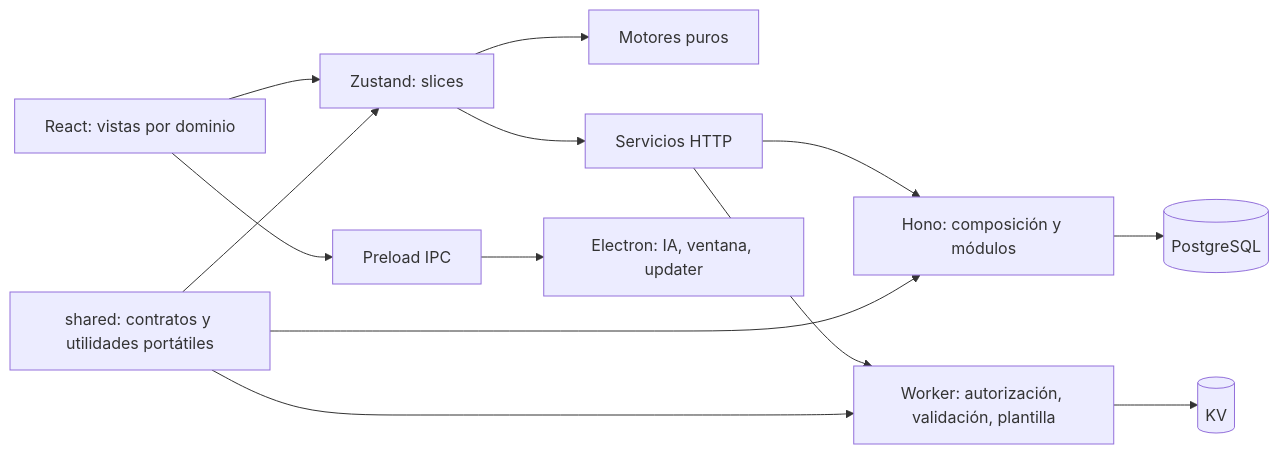
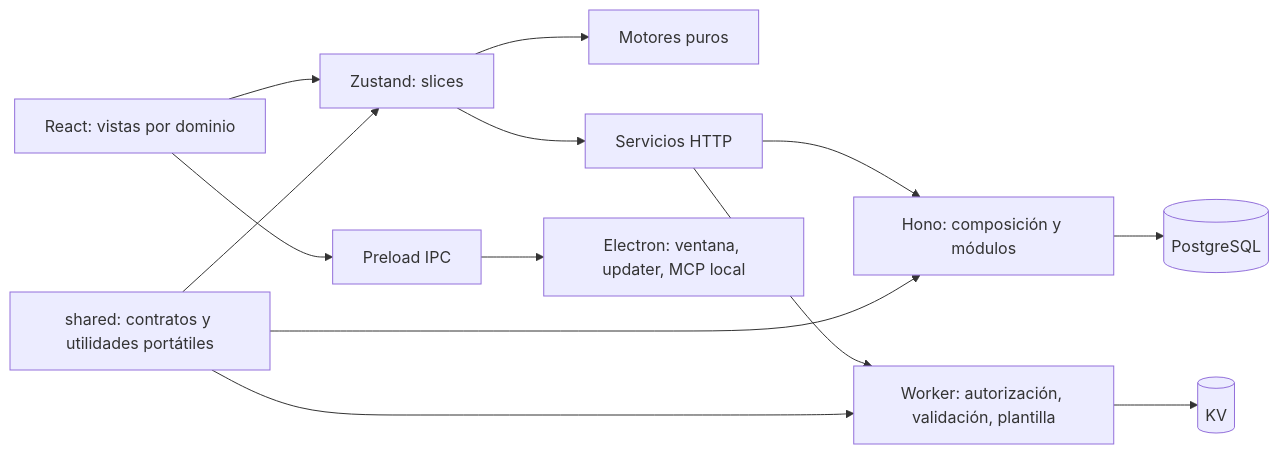
One commit to WilkerDev1/solarsim-pro changed the diagram in docs/ARCHITECTURE.md. Above: the diagram before and after it, drawn with Mermaid. The commit also changed other lines of this file and 16 other files, not shown here.

First line of the commit message:
docs(asistente): F6 al día en AGENTS, ARCHITECTURE, AGENT_TOOLS, QA, ADR 0013 y diseño

````diff
--- a/docs/ARCHITECTURE.md
+++ b/docs/ARCHITECTURE.md
@@ -5,15 +5,15 @@
 ```mermaid
 flowchart LR
   UI[React: vistas por dominio] --> S[Zustand: slices]
   S --> E[Motores puros]
   S --> H[Servicios HTTP]
   UI --> P[Preload IPC]
-  P --> N[Electron: IA, ventana, updater]
+  P --> N[Electron: ventana, updater, MCP local]
   H --> A[Hono: composición y módulos]
   A --> D[(PostgreSQL)]
   H --> W[Worker: autorización, validación, plantilla]
   W --> K[(KV)]
   C[shared: contratos y utilidades portátiles] --> S
   C --> A
   C --> W
 ```
````
